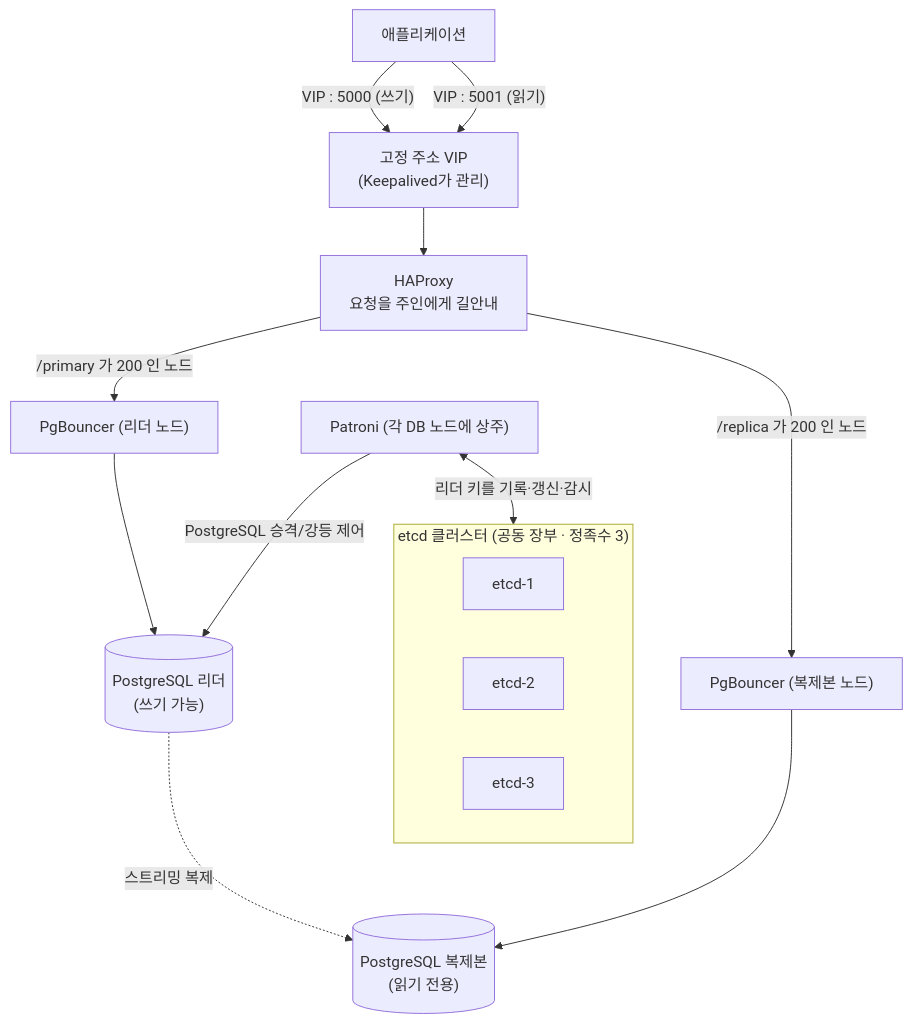
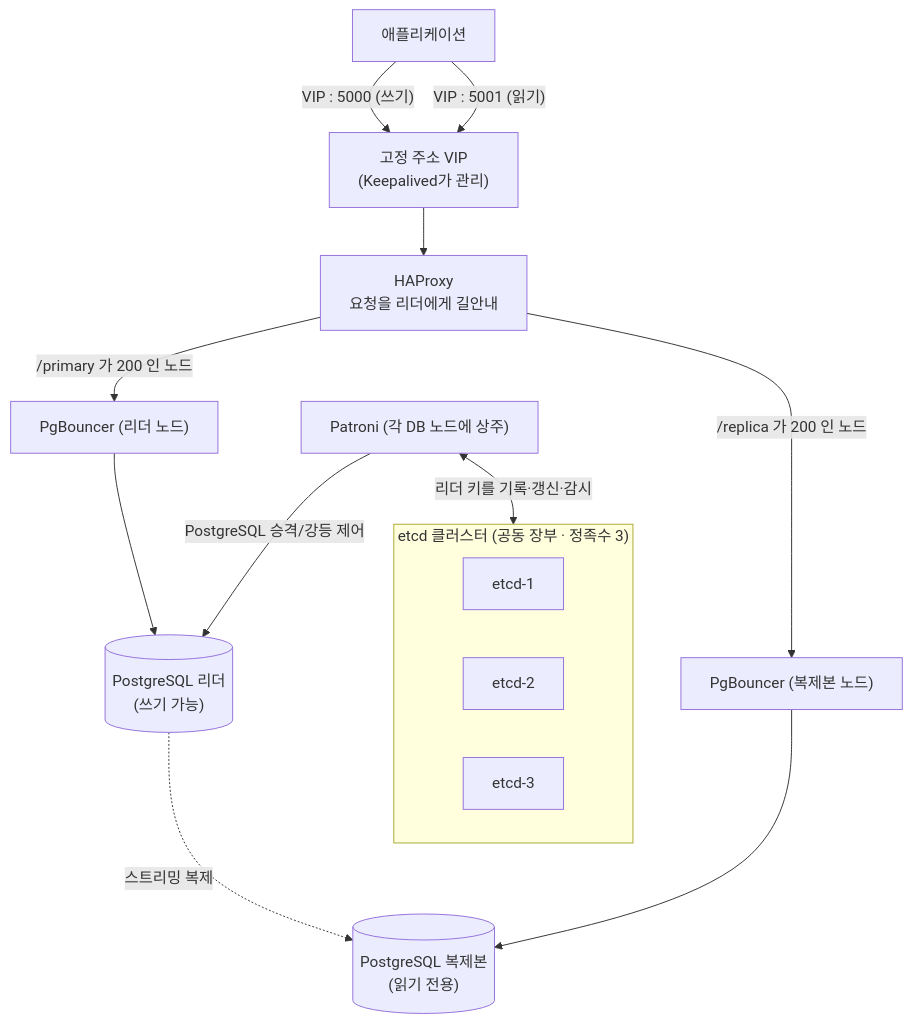
One commit to DataDynamics-OSS/patroni-postgresql-ha changed the first of 4 diagrams in README.md. Above: the diagram before and after it, drawn with Mermaid. The commit also changed other lines of this file, not shown here.

````diff
--- a/README.md
+++ b/README.md
@@ -42,28 +42,28 @@
 ```mermaid
 flowchart TD
     APP["애플리케이션"]
 
     APP -->|"VIP : 5000 (쓰기)"| VIP
     APP -->|"VIP : 5001 (읽기)"| VIP
 
     VIP["고정 주소 VIP<br/>(Keepalived가 관리)"]
-    VIP --> HAP["HAProxy<br/>요청을 주인에게 길안내"]
+    VIP --> HAP["HAProxy<br/>요청을 리더에게 길안내"]
 
     HAP -->|"/primary 가 200 인 노드"| PGB1["PgBouncer (리더 노드)"]
     HAP -->|"/replica 가 200 인 노드"| PGB2["PgBouncer (복제본 노드)"]
 
     PGB1 --> LEADER[("PostgreSQL 리더<br/>(쓰기 가능)")]
     PGB2 --> REPLICA[("PostgreSQL 복제본<br/>(읽기 전용)")]
 
     LEADER -. "스트리밍 복제" .-> REPLICA
 
     subgraph DCS["etcd 클러스터 (공동 장부 · 정족수 3)"]
         E1["etcd-1"]
         E2["etcd-2"]
         E3["etcd-3"]
     end
 
     PAT["Patroni (각 DB 노드에 상주)"]
     PAT <-->|"리더 키를 기록·갱신·감시"| DCS
     PAT -->|"PostgreSQL 승격/강등 제어"| LEADER
 ```
````
